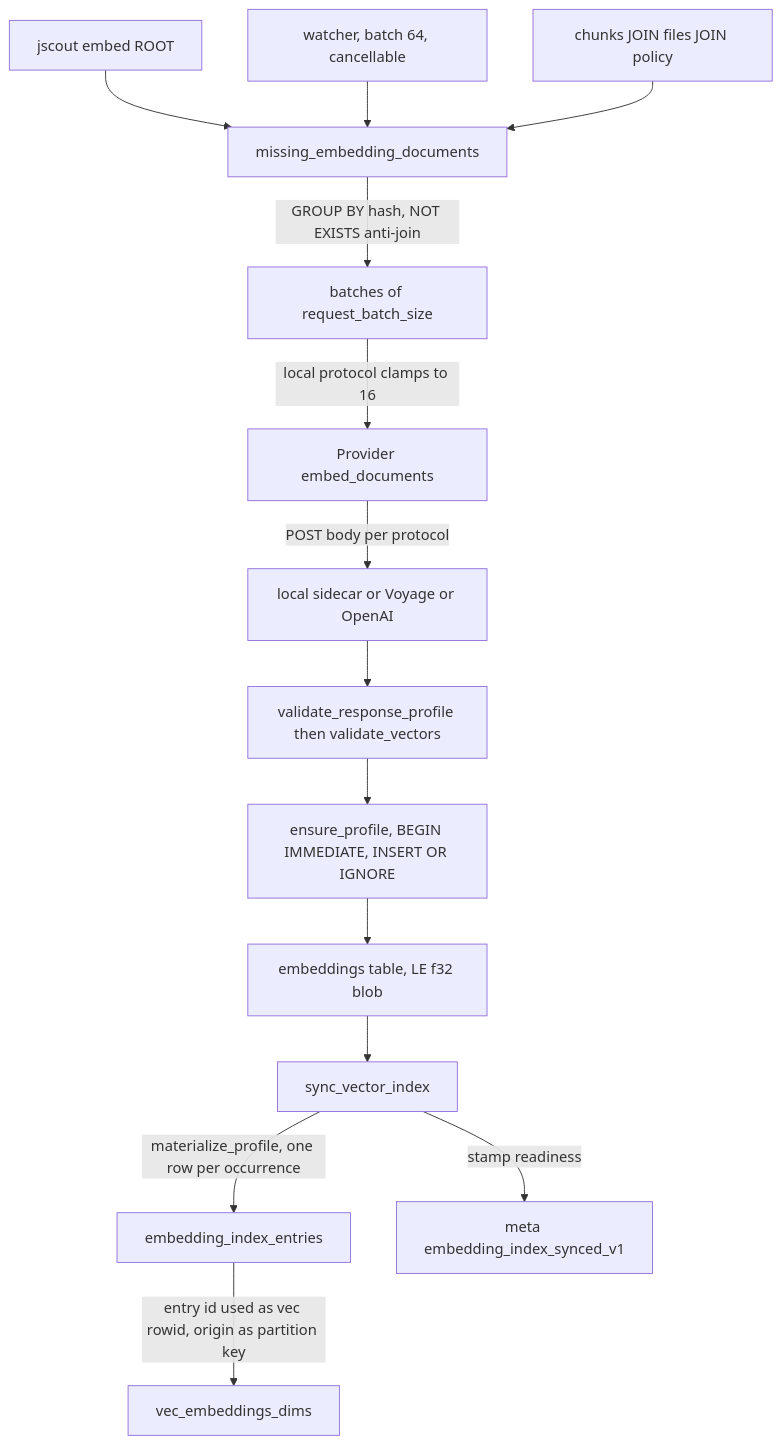
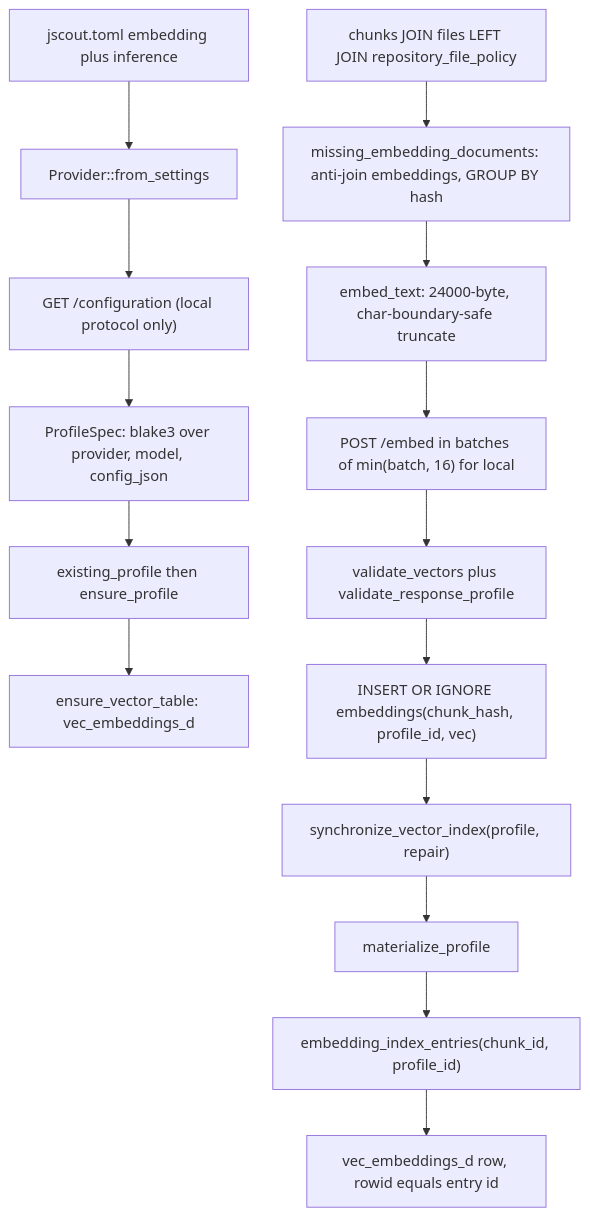
One commit to iantocristian/jscout changed the first of 3 diagrams in docs/codebase-analysis/06-semantic-layer.md. Above: the diagram before and after it, drawn with Mermaid. The commit also changed other lines of this file and 28 other files, not shown here.

````diff
--- a/docs/codebase-analysis/06-semantic-layer.md
+++ b/docs/codebase-analysis/06-semantic-layer.md
@@ -53,16 +42,17 @@
 ```mermaid
 flowchart TD
-  CLI["jscout embed ROOT"] --> SEL["missing_embedding_documents"]
-  WATCH["watcher, batch 64, cancellable"] --> SEL
-  CHUNKS["chunks JOIN files JOIN policy"] --> SEL
-  SEL -->|"GROUP BY hash, NOT EXISTS anti-join"| BATCH["batches of request_batch_size"]
-  BATCH -->|"local protocol clamps to 16"| PROV["Provider embed_documents"]
-  PROV -->|"POST body per protocol"| NET["local sidecar or Voyage or OpenAI"]
-  NET --> VAL["validate_response_profile then validate_vectors"]
-  VAL --> TX["ensure_profile, BEGIN IMMEDIATE, INSERT OR IGNORE"]
-  TX --> CACHE["embeddings table, LE f32 blob"]
-  CACHE --> SYNC["sync_vector_index"]
-  SYNC -->|"materialize_profile, one row per occurrence"| ENTRIES["embedding_index_entries"]
-  ENTRIES -->|"entry id used as vec rowid, origin as partition key"| VEC["vec_embeddings_dims"]
-  SYNC -->|"stamp readiness"| META["meta embedding_index_synced_v1"]
+  CFG["jscout.toml embedding plus inference"] --> PROV["Provider::from_settings"]
+  PROV --> CONF["GET /configuration (local protocol only)"]
+  CONF --> SPEC["ProfileSpec: blake3 over provider, model, config_json"]
+  SPEC --> LOOK["existing_profile then ensure_profile"]
+  LOOK --> TBL["ensure_vector_table: vec_embeddings_d"]
+  CHUNKS["chunks JOIN files LEFT JOIN repository_file_policy"] --> MISS["missing_embedding_documents: anti-join embeddings, GROUP BY hash"]
+  MISS --> TXT["embed_text: 24000-byte, char-boundary-safe truncate"]
+  TXT --> POST["POST /embed in batches of min(batch, 16) for local"]
+  POST --> VAL["validate_vectors plus validate_response_profile"]
+  VAL --> CACHE["INSERT OR IGNORE embeddings(chunk_hash, profile_id, vec)"]
+  CACHE --> SYNC["synchronize_vector_index(profile, repair)"]
+  SYNC --> MAT["materialize_profile"]
+  MAT --> ENT["embedding_index_entries(chunk_id, profile_id)"]
+  ENT --> VEC["vec_embeddings_d row, rowid equals entry id"]
 ```
````
